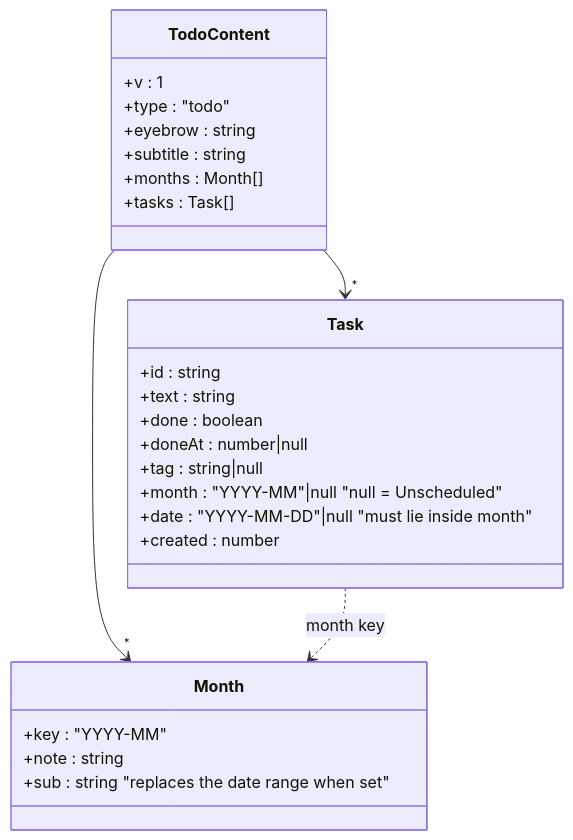
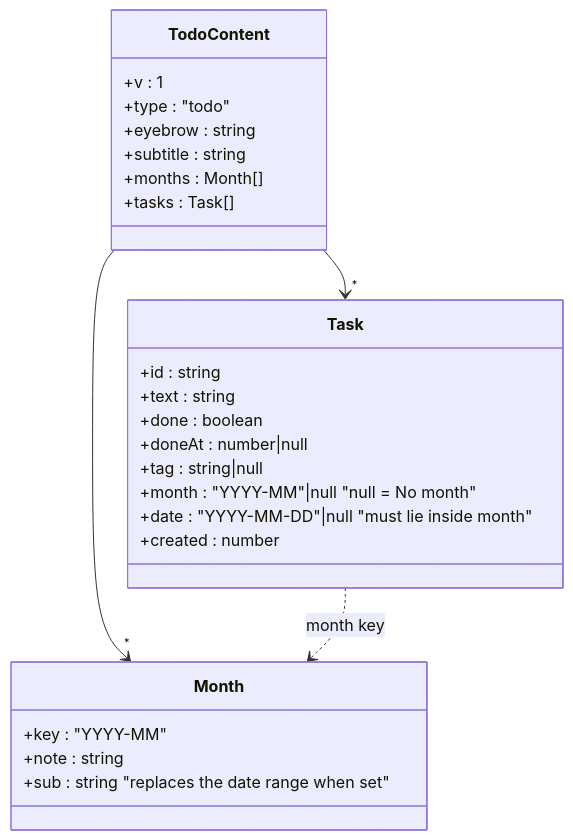
The third of 5 diagrams in docs/7_uml/7.3_data-model.md (Akshat-Gupta-2005/27_OneNote), drawn with Mermaid before and after one commit. The commit also changed 12 other files, not shown here.

First line of the commit message:
Planner "No month" group, start.bat launcher, architecture v6-v8

````diff
--- a/docs/7_uml/7.3_data-model.md
+++ b/docs/7_uml/7.3_data-model.md
@@ -84,29 +84,29 @@
 ```mermaid
 classDiagram
   class TodoContent {
     +v : 1
     +type : "todo"
     +eyebrow : string
     +subtitle : string
     +months : Month[]
     +tasks : Task[]
   }
   class Month {
     +key : "YYYY-MM"
     +note : string
     +sub : string "replaces the date range when set"
   }
   class Task {
     +id : string
     +text : string
     +done : boolean
     +doneAt : number|null
     +tag : string|null
-    +month : "YYYY-MM"|null "null = Unscheduled"
+    +month : "YYYY-MM"|null "null = No month"
     +date : "YYYY-MM-DD"|null "must lie inside month"
     +created : number
   }
   TodoContent --> "*" Month
   TodoContent --> "*" Task
   Task ..> Month : month key
 ```
````
